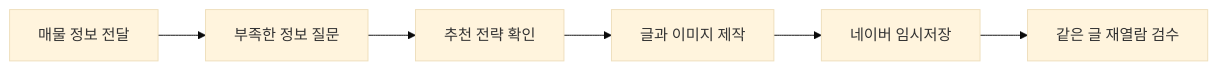
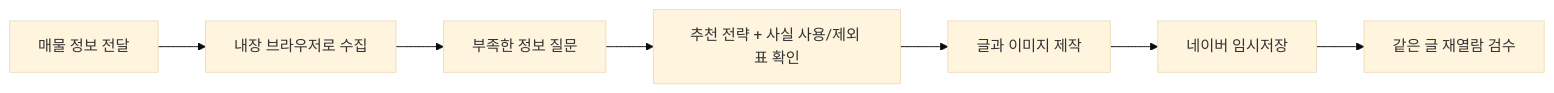
Before and after one commit to eziwork/realtor-naver-blog: the diagram in README.md, drawn with Mermaid (base theme). The commit also changed other lines of this file and 63 other files, not shown here.

````diff
--- a/README.md
+++ b/README.md
@@ -63,8 +67,9 @@
 ```mermaid
 flowchart LR
-    A[매물 정보 전달] --> B[부족한 정보 질문]
-    B --> C[추천 전략 확인]
-    C --> D[글과 이미지 제작]
-    D --> E[네이버 임시저장]
-    E --> F[같은 글 재열람 검수]
+    A[매물 정보 전달] --> B[내장 브라우저로 수집]
+    B --> C[부족한 정보 질문]
+    C --> D[추천 전략 + 사실 사용/제외 표 확인]
+    D --> E[글과 이미지 제작]
+    E --> F[네이버 임시저장]
+    F --> G[같은 글 재열람 검수]
 ```
````
